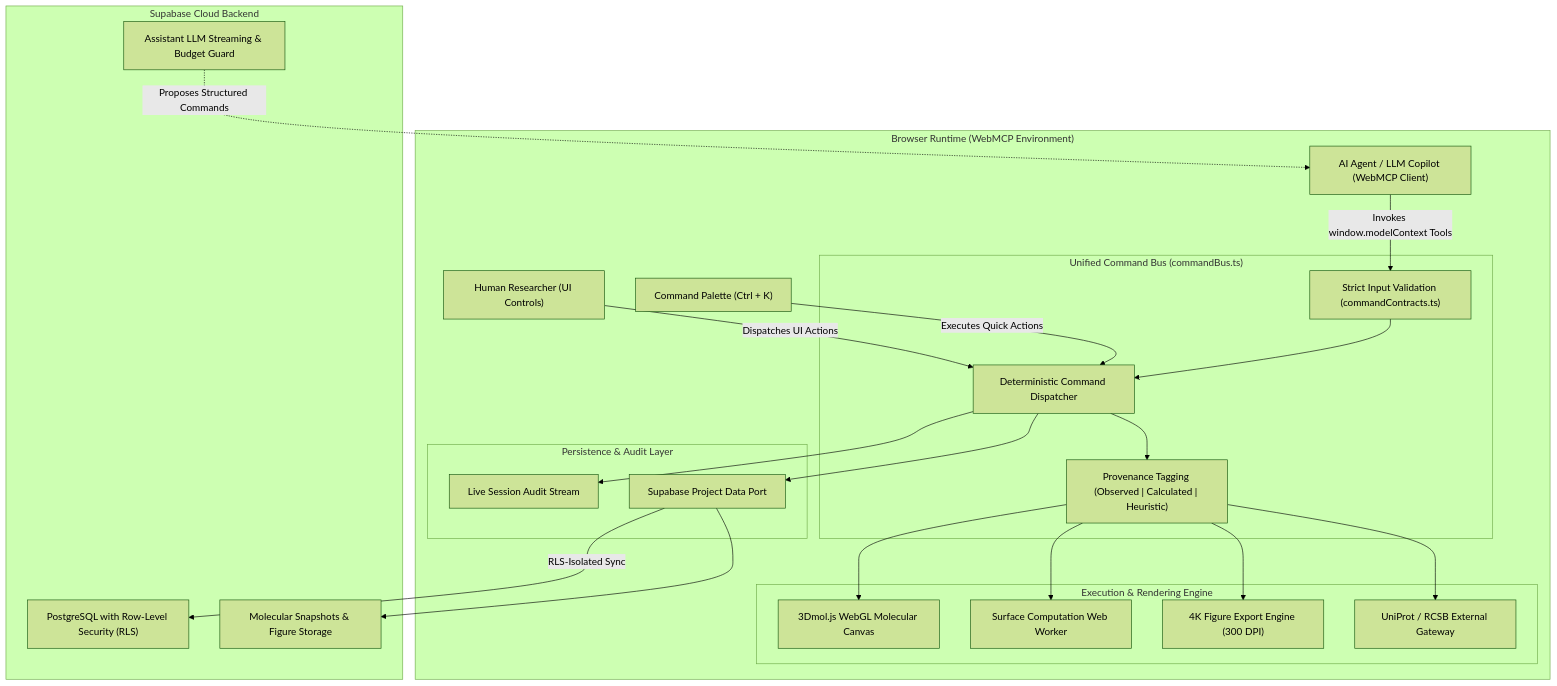
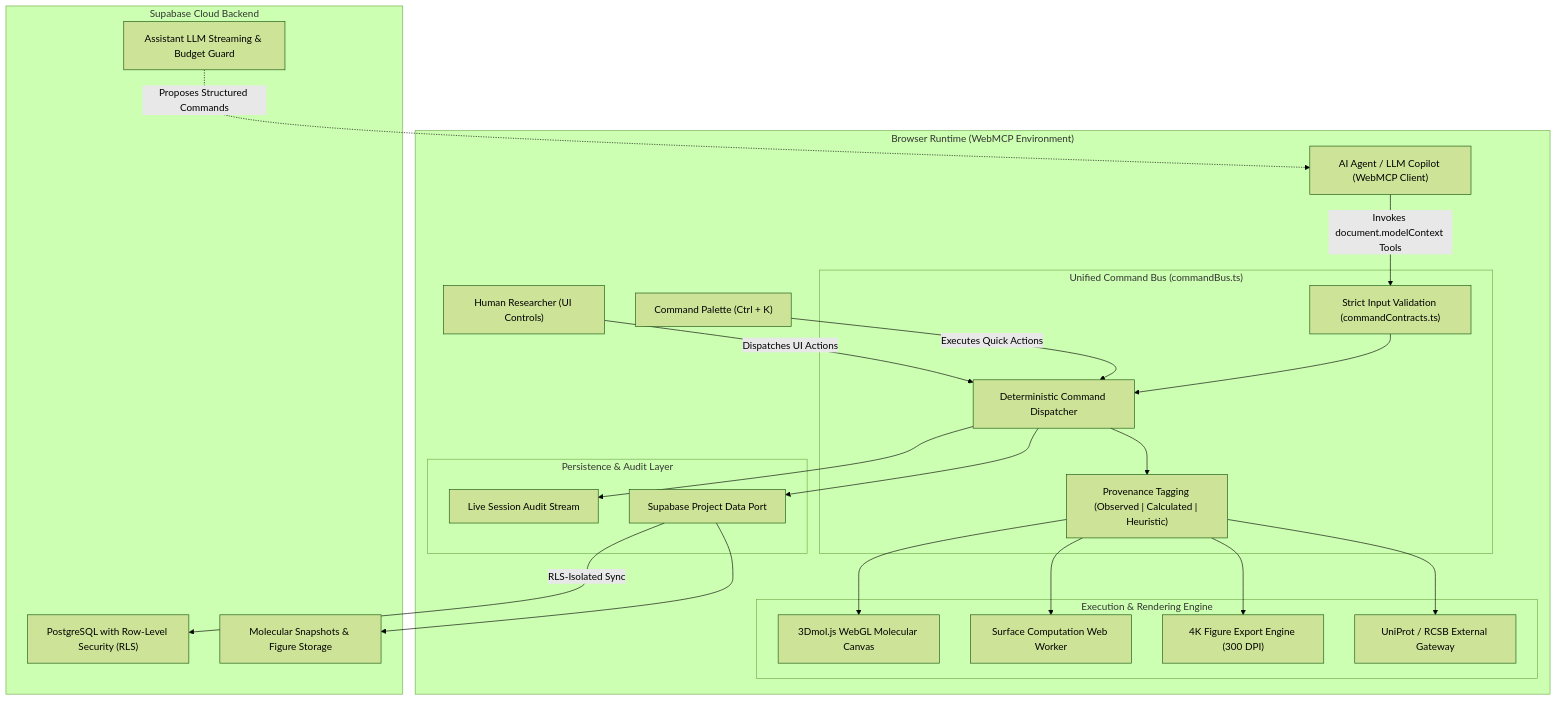
Before and after one commit to JosueACondoriCh123/BioFold: the diagram in README.md, drawn with Mermaid (forest theme). The commit also changed other lines of this file and 30 other files, not shown here.

````diff
--- a/README.md
+++ b/README.md
@@ -35,47 +35,47 @@
 ```mermaid
 graph TD
     subgraph BrowserRuntime ["Browser Runtime (WebMCP Environment)"]
         User["Human Researcher (UI Controls)"]
         Agent["AI Agent / LLM Copilot (WebMCP Client)"]
         Palette["Command Palette (Ctrl + K)"]
 
         subgraph CommandBusLayer ["Unified Command Bus (commandBus.ts)"]
             Contracts["Strict Input Validation (commandContracts.ts)"]
             Dispatcher["Deterministic Command Dispatcher"]
             Evidence["Provenance Tagging (Observed | Calculated | Heuristic)"]
         end
 
         subgraph ExecutionEngine ["Execution & Rendering Engine"]
             Viewer3D["3Dmol.js WebGL Molecular Canvas"]
             Worker["Surface Computation Web Worker"]
             FigureExport["4K Figure Export Engine (300 DPI)"]
             BioAPI["UniProt / RCSB External Gateway"]
         end
 
         subgraph StateAndPersistence ["Persistence & Audit Layer"]
             AuditTrail["Live Session Audit Stream"]
             StorageAdapter["Supabase Project Data Port"]
         end
     end
 
     subgraph BackendCloud ["Supabase Cloud Backend"]
         AuthDB["PostgreSQL with Row-Level Security (RLS)"]
         StorageBuckets["Molecular Snapshots & Figure Storage"]
         EdgeFunctions["Assistant LLM Streaming & Budget Guard"]
     end
 
     User -->|Dispatches UI Actions| Dispatcher
-    Agent -->|Invokes window.modelContext Tools| Contracts
+    Agent -->|Invokes document.modelContext Tools| Contracts
     Palette -->|Executes Quick Actions| Dispatcher
     Contracts --> Dispatcher
     Dispatcher --> Evidence
     Evidence --> Viewer3D
     Evidence --> Worker
     Evidence --> FigureExport
     Evidence --> BioAPI
     Dispatcher --> AuditTrail
     Dispatcher --> StorageAdapter
     StorageAdapter -->|RLS-Isolated Sync| AuthDB
     StorageAdapter --> StorageBuckets
     EdgeFunctions -.->|Proposes Structured Commands| Agent
 ```
````
